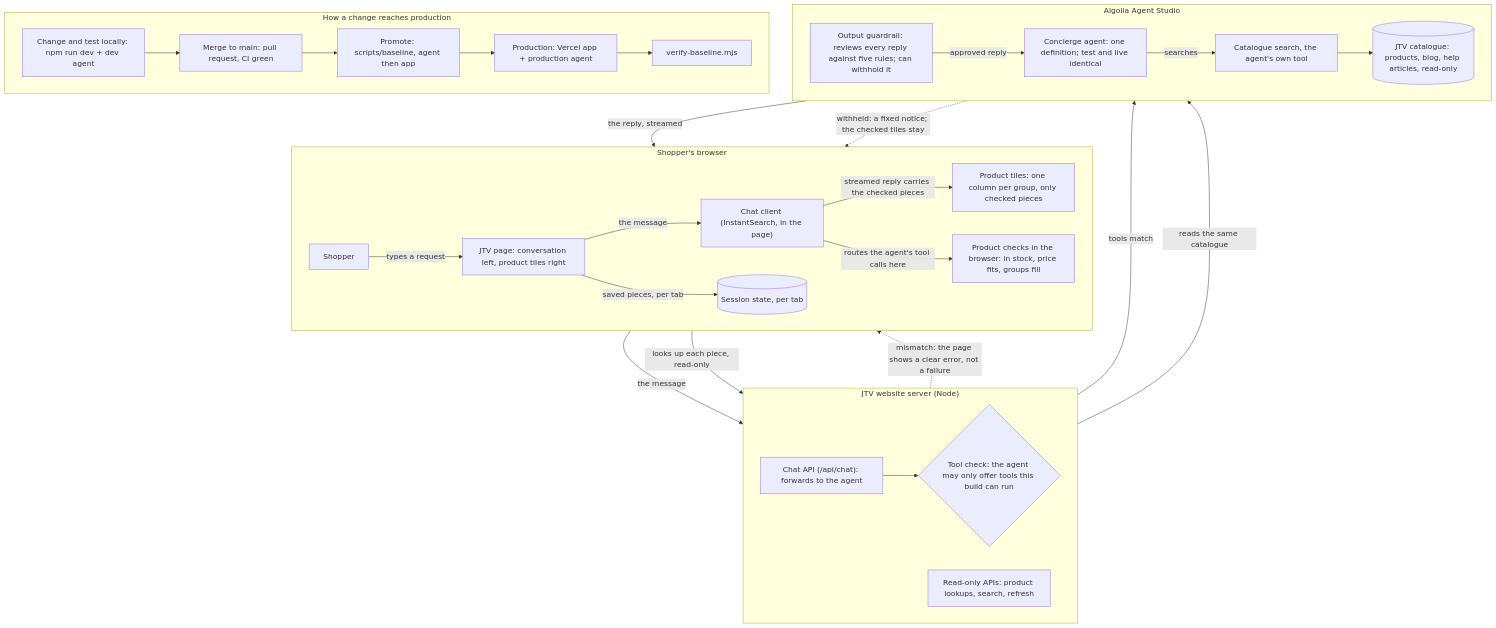
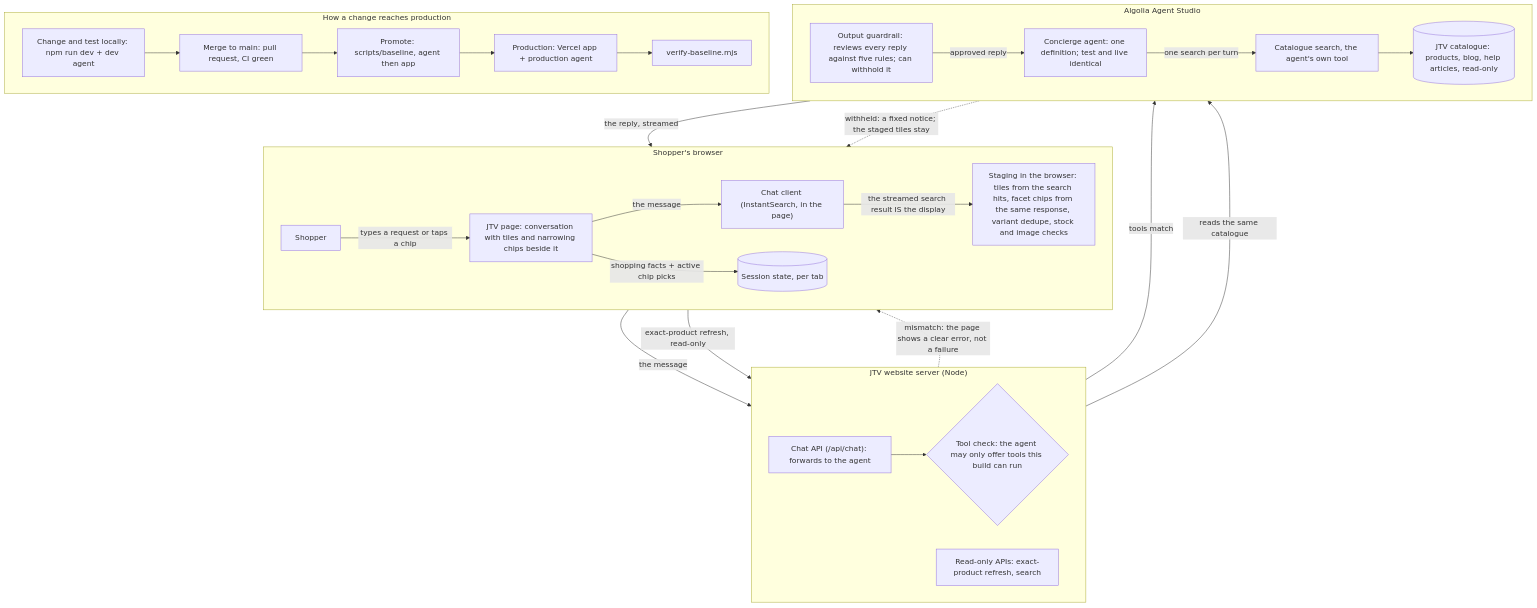
Before and after one commit to algolia/jewellerytv: the diagram in storefront/docs/architecture.mmd, drawn with Mermaid. The commit also changed 8 other files, not shown here.

Commit message:
docs: reconcile README, architecture diagram and handover pages to the chips-native architecture

```diff
--- a/storefront/docs/architecture.mmd
+++ b/storefront/docs/architecture.mmd
@@ -1,38 +1,37 @@
 flowchart TB
   subgraph B["Shopper's browser"]
     direction LR
-    Shopper["Shopper"] -->|"types a request"| Page["JTV page: conversation left, product tiles right"]
+    Shopper["Shopper"] -->|"types a request or taps a chip"| Page["JTV page: conversation with tiles and narrowing chips beside it"]
     Page -->|"the message"| Chat["Chat client (InstantSearch, in the page)"]
-    Chat -->|"streamed reply carries the checked pieces"| Tiles["Product tiles: one column per group, only checked pieces"]
-    Page -->|"saved pieces, per tab"| State[("Session state, per tab")]
-    Chat -->|"routes the agent's tool calls here"| Check["Product checks in the browser: in stock, price fits, groups fill"]
+    Chat -->|"the streamed search result IS the display"| Tiles["Staging in the browser: tiles from the search hits, facet chips from the same response, variant dedupe, stock and image checks"]
+    Page -->|"shopping facts + active chip picks"| State[("Session state, per tab")]
   end
 
   subgraph S["JTV website server (Node)"]
     direction LR
     ChatAPI["Chat API (/api/chat): forwards to the agent"] --> Guard{"Tool check: the agent may only offer tools this build can run"}
-    ReadOnly["Read-only APIs: product lookups, search, refresh"]
+    ReadOnly["Read-only APIs: exact-product refresh, search"]
   end
 
   subgraph A["Algolia Agent Studio"]
     direction LR
     Out["Output guardrail: reviews every reply against five rules; can withhold it"] -->|"approved reply"| Agent["Concierge agent: one definition; test and live identical"]
-    Agent -->|"searches"| Search["Catalogue search, the agent's own tool"]
+    Agent -->|"one search per turn"| Search["Catalogue search, the agent's own tool"]
     Search --> Catalogue[("JTV catalogue: products, blog, help articles, read-only")]
   end
 
   Chat -->|"the message"| ChatAPI
   Guard -->|"tools match"| Agent
   Guard -.->|"mismatch: the page shows a clear error, not a failure"| Chat
-  Check -->|"looks up each piece, read-only"| ReadOnly
+  Tiles -->|"exact-product refresh, read-only"| ReadOnly
   ReadOnly -->|"reads the same catalogue"| Catalogue
   Agent -->|"the reply, streamed"| Chat
-  Out -.->|"withheld: a fixed notice; the checked tiles stay"| Page
+  Out -.->|"withheld: a fixed notice; the staged tiles stay"| Page
 
   subgraph Release["How a change reaches production"]
     direction LR
     Local["Change and test locally: npm run dev + dev agent"] --> Main["Merge to main: pull request, CI green"]
     Main --> Promote["Promote: scripts/baseline, agent then app"]
     Promote --> Prod["Production: Vercel app + production agent"]
     Prod --> Verify["verify-baseline.mjs"]
   end
```
